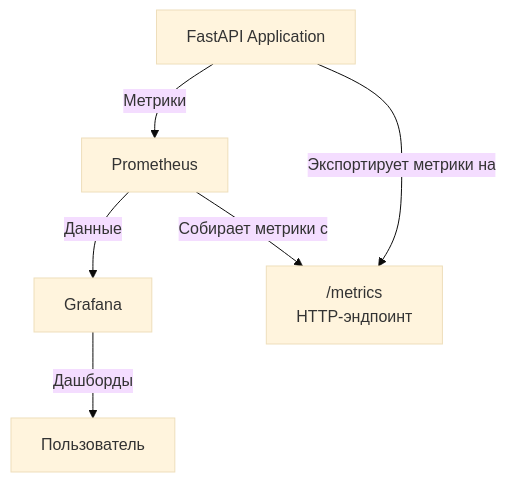
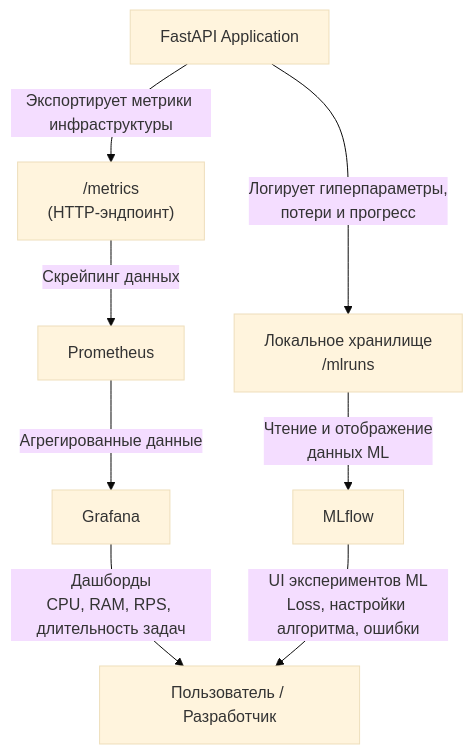
Before and after one commit to BondusS/Image-neural-style-transfer: the fourth of 4 diagrams in Readme.md, drawn with Mermaid (base theme). The commit also changed other lines of this file and 7 other files, not shown here.

````diff
--- a/Readme.md
+++ b/Readme.md
@@ -205,13 +233,28 @@
 ```mermaid
-%% Схема мониторинга
+%% Схема мониторинга и трекинга экспериментов
 flowchart TD
     %% Компоненты
-    A[FastAPI Application] -->|Метрики| B[Prometheus]
-    B -->|Данные| C[Grafana]
-    C -->|Дашборды| D[Пользователь]
+    A[FastAPI Application]
+    B[Prometheus]
+    C[Grafana]
+    E[MLflow]
+    D[Пользователь / Разработчик]
 
-    %% Описание
-    A -->|Экспортирует метрики на| A1["/metrics"
-    HTTP-эндпоинт]
-    B -->|Собирает метрики с| A1
+    %% Системные и инфраструктурные метрики
+    A -->|Экспортирует метрики инфраструктуры| A1["/metrics\n(HTTP-эндпоинт)"]
+    A1 -->|Скрейпинг данных| B
+    B -->|Агрегированные данные| C
+    C -->|Дашборды\nCPU, RAM, RPS, длительность задач| D
+
+    %% Трекинг экспериментов и моделей
+    A -->|Логирует гиперпараметры,\nпотери и прогресс| A2["Локальное хранилище\n/mlruns"]
+    A2 -->|Чтение и отображение\nданных ML| E
+    E -->|UI экспериментов ML\nLoss, настройки алгоритма, ошибки| D
+
+    %% Стилизация для визуального разделения
+    %% classDef infra fill:#f9f2e7,stroke:#e67e22,stroke-width:2px;
+    %% classDef ml fill:#e8f4f8,stroke:#3498db,stroke-width:2px;
+    
+    class B,C infra;
+    class E ml;
 ```
````
